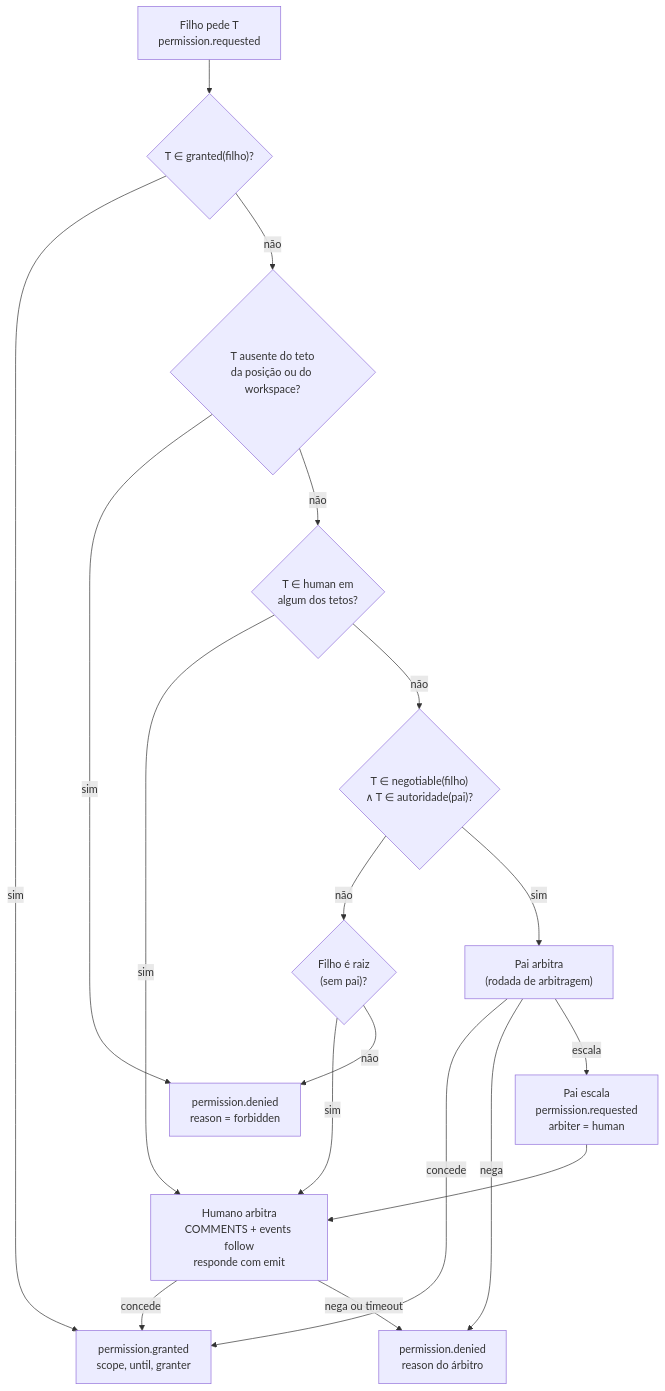
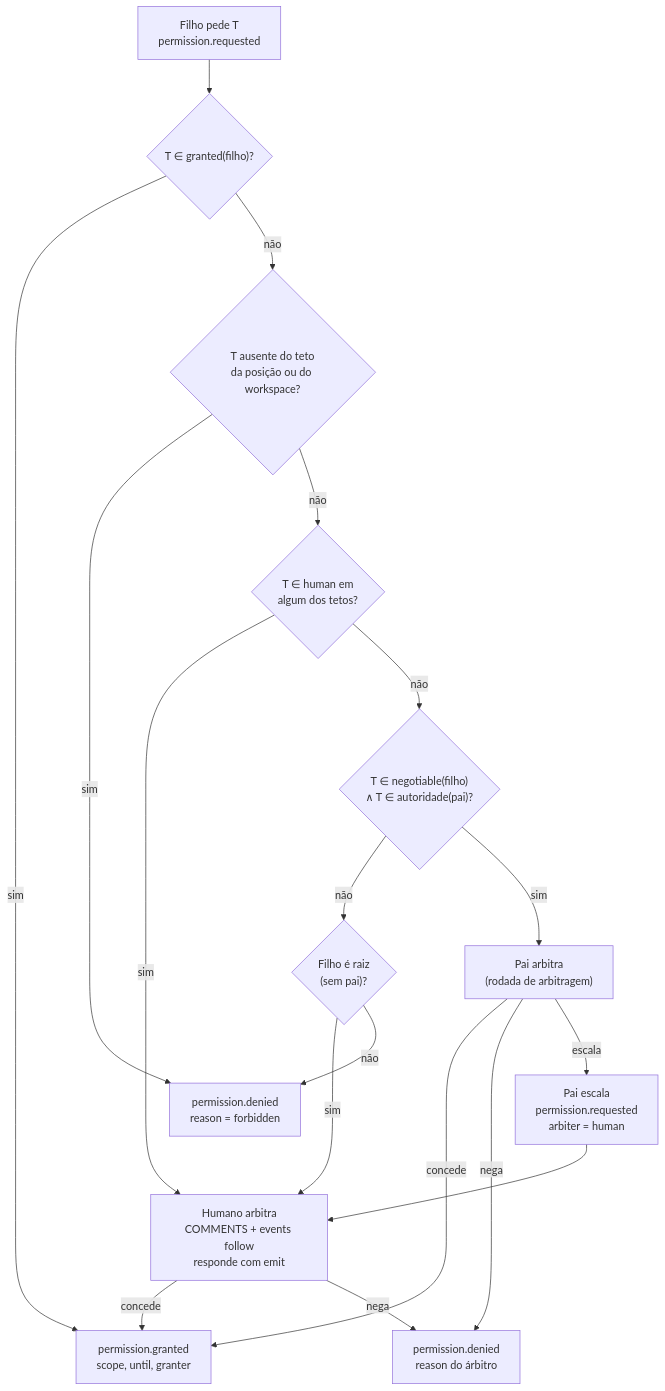
One commit to This-Is-NPC/omunculus changed the first of 4 diagrams in docs/to-be/permission-negotiation.md. Above: the diagram before and after it, drawn with Mermaid. The commit also changed other lines of this file and 3 other files, not shown here.

````diff
--- a/docs/to-be/permission-negotiation.md
+++ b/docs/to-be/permission-negotiation.md
@@ -52,33 +52,33 @@
 ```mermaid
 flowchart TD
     REQ["Filho pede T<br/>permission.requested"]
     G{"T ∈ granted(filho)?"}
     F{"T ausente do teto<br/>da posição ou do workspace?"}
     H{"T ∈ human em<br/>algum dos tetos?"}
     N{"T ∈ negotiable(filho)<br/>∧ T ∈ autoridade(pai)?"}
     ROOT{"Filho é raiz<br/>(sem pai)?"}
     P["Pai arbitra<br/>(rodada de arbitragem)"]
     HU["Humano arbitra<br/>COMMENTS + events follow<br/>responde com emit"]
     DENY["permission.denied<br/>reason = forbidden"]
     OK["permission.granted<br/>scope, until, granter"]
     NO["permission.denied<br/>reason do árbitro"]
     ESC["Pai escala<br/>permission.requested<br/>arbiter = human"]
 
     REQ --> G
     G -->|sim| OK
     G -->|não| F
     F -->|sim| DENY
     F -->|não| H
     H -->|sim| HU
     H -->|não| N
     N -->|não| ROOT
     ROOT -->|sim| HU
     ROOT -->|não| DENY
     N -->|sim| P
     P -->|concede| OK
     P -->|nega| NO
     P -->|escala| ESC
     ESC --> HU
     HU -->|concede| OK
-    HU -->|nega ou timeout| NO
+    HU -->|nega| NO
 ```
````
